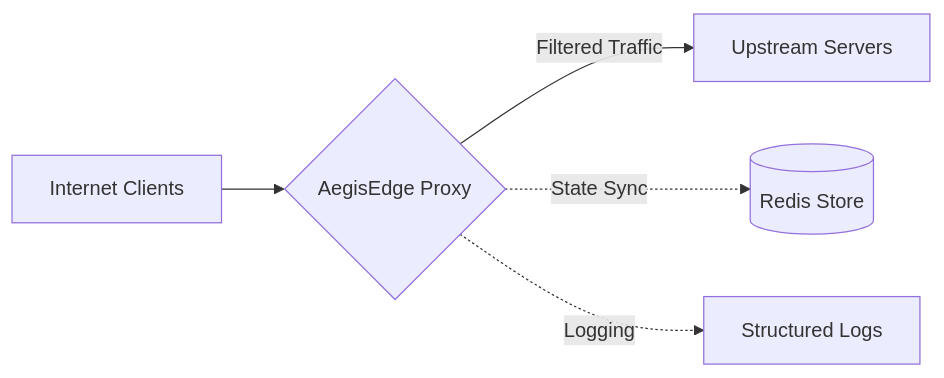
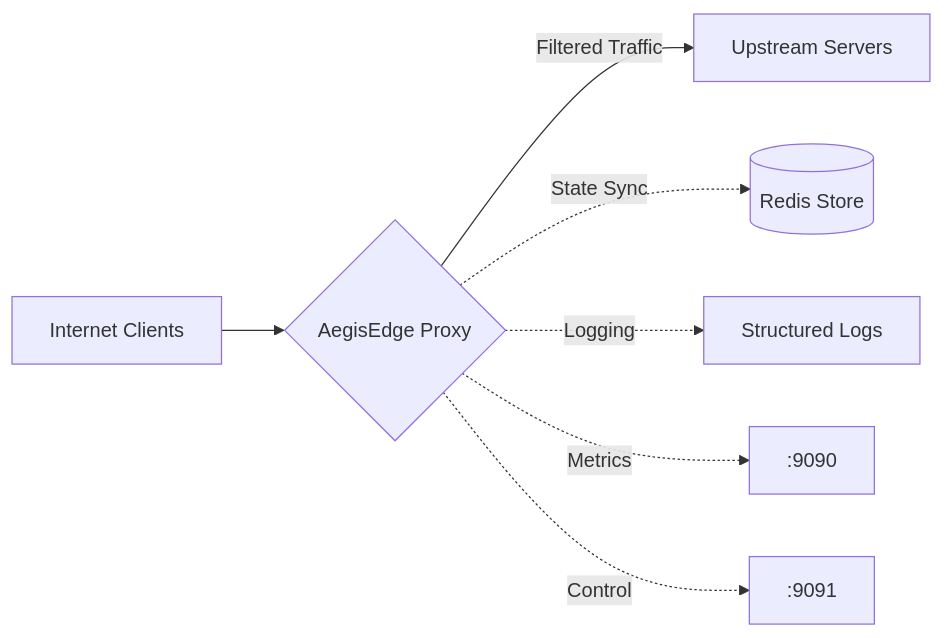
One commit to Ecook14/AegisEdge changed the diagram in README.md. Above: the diagram before and after it, drawn with Mermaid. The commit also changed other lines of this file and 31 other files, not shown here.

````diff
--- a/README.md
+++ b/README.md
@@ -17,7 +24,9 @@
 ```mermaid
 graph LR
     Client[Internet Clients] --> AegisEdge{AegisEdge Proxy}
     AegisEdge -->|Filtered Traffic| Backend[Upstream Servers]
     AegisEdge -.->|State Sync| Redis[(Redis Store)]
     AegisEdge -.->|Logging| Syslog[Structured Logs]
+    AegisEdge -.->|Metrics| Prometheus[:9090]
+    AegisEdge -.->|Control| MgmtAPI[:9091]
 ```
````
